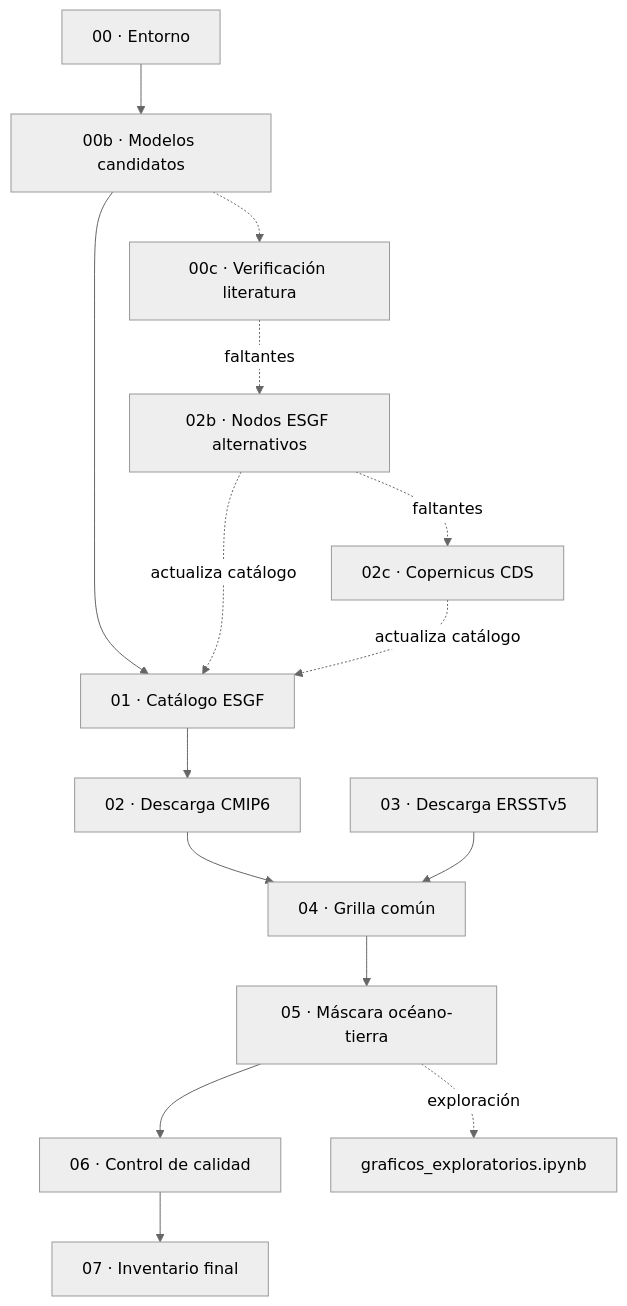
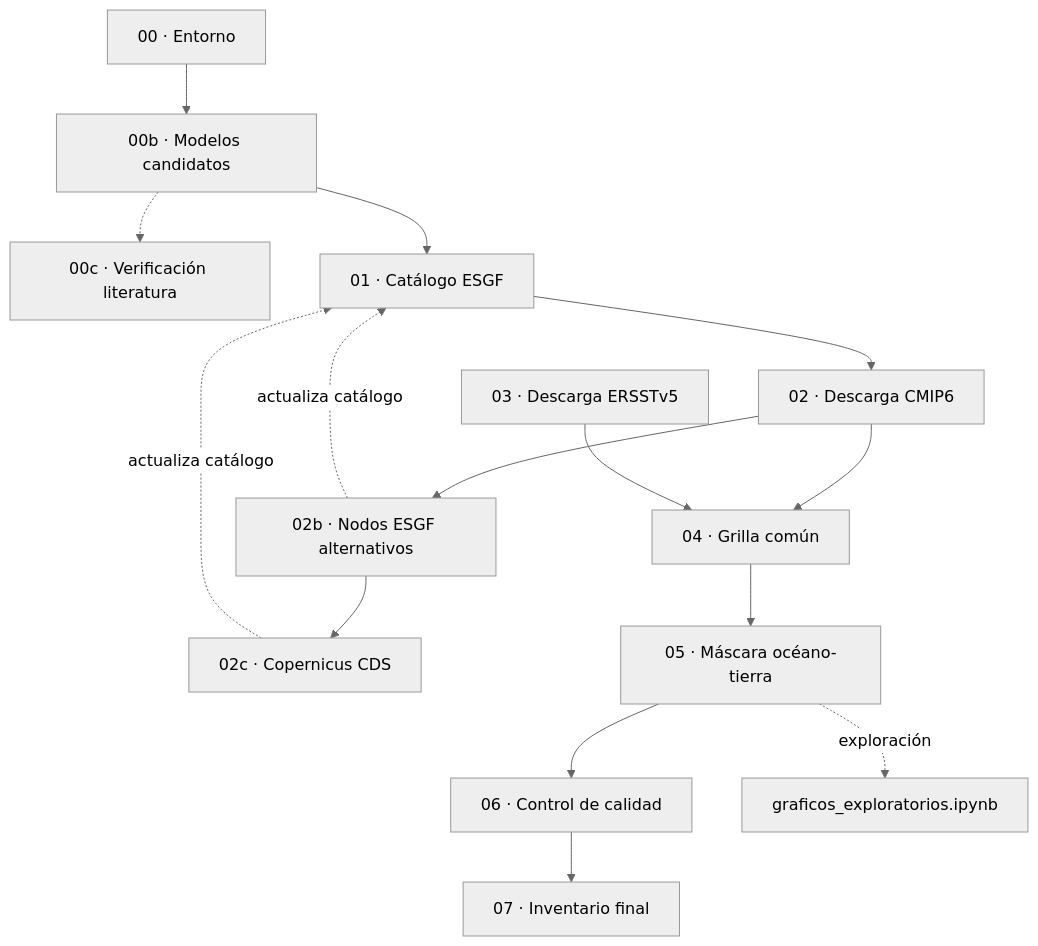
The diagram in README.md (Japq91/e1_smn), drawn with Mermaid (neutral theme) before and after one commit. The commit also changed other lines of this file and 4 other files, not shown here.

````diff
--- a/README.md
+++ b/README.md
@@ -9,27 +9,27 @@
 ```mermaid
 flowchart TD
     S00["00 · Entorno"]
     S00b["00b · Modelos candidatos"]
     S00c["00c · Verificación literatura"]
     S01["01 · Catálogo ESGF"]
     S02b["02b · Nodos ESGF alternativos"]
     S02c["02c · Copernicus CDS"]
     S02["02 · Descarga CMIP6"]
     S03["03 · Descarga ERSSTv5"]
     S04["04 · Grilla común"]
     S05["05 · Máscara océano-tierra"]
     S06["06 · Control de calidad"]
     S07["07 · Inventario final"]
 
     S00 --> S00b --> S01
     S00b -.-> S00c
-    S00c -."faltantes".-> S02b -."faltantes".-> S02c
     S01 --> S02
+    S02 --> S02b --> S02c
     S02b -.->|"actualiza catálogo"| S01
     S02c -.->|"actualiza catálogo"| S01
     S02 --> S04
     S03 --> S04
     S04 --> S05
     S05 --> S06 --> S07
     S05 -."exploración".-> NB["graficos_exploratorios.ipynb"]
 ```
````
